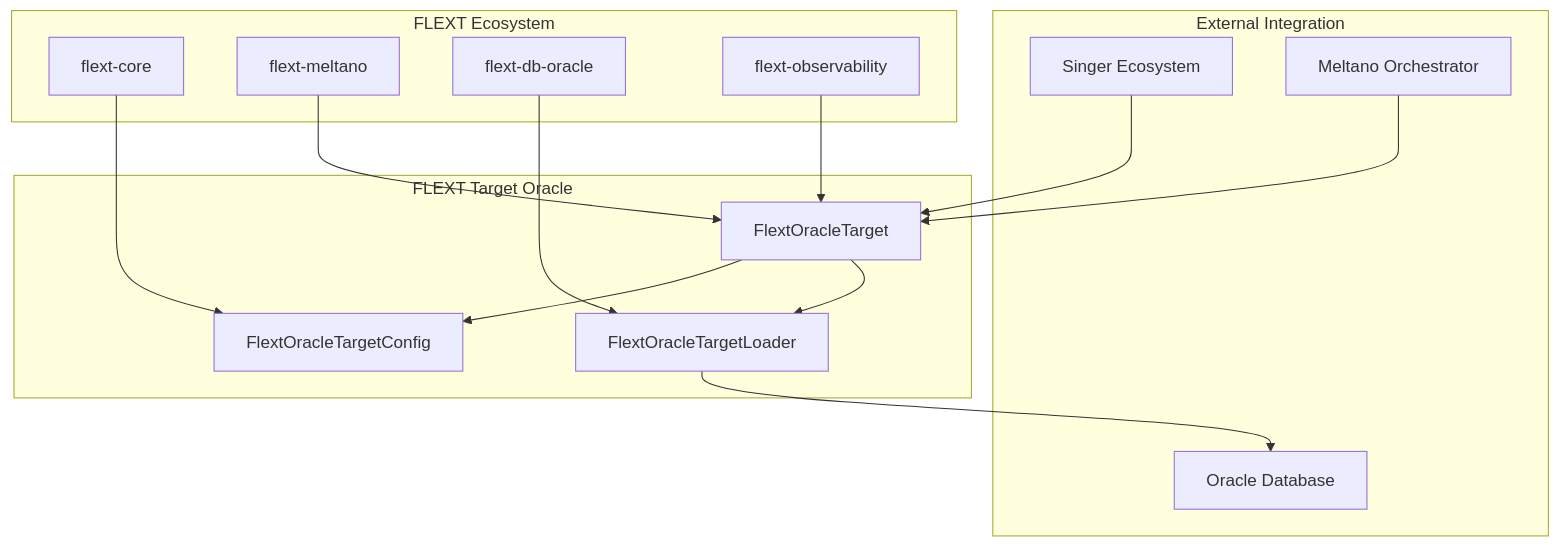
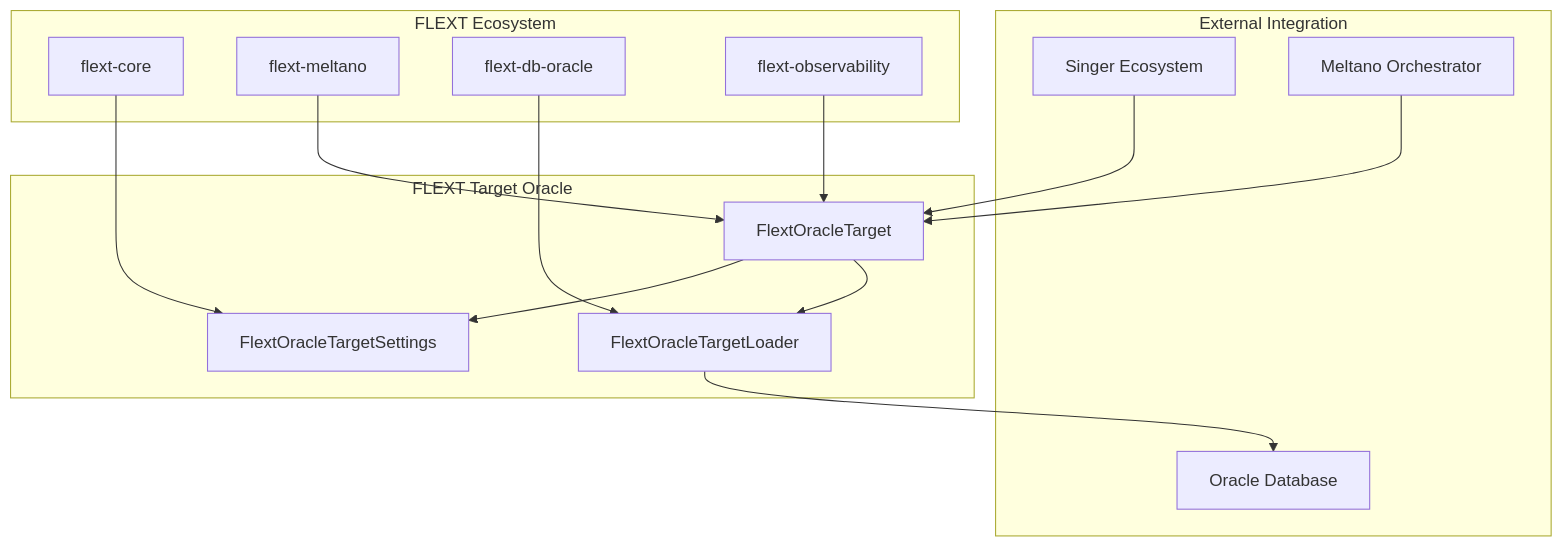
The diagram in docs/README.md (flext-sh/flext-target-oracle), drawn with Mermaid before and after one commit. The commit also changed 26 other files, not shown here.

````diff
--- a/docs/README.md
+++ b/docs/README.md
@@ -102,33 +102,33 @@
 ```mermaid
 graph TB
     subgraph "FLEXT Ecosystem"
         FC[flext-core]
         FM[flext-meltano]
         FDB[flext-db-oracle]
         FO[flext-observability]
     end
 
     subgraph "FLEXT Target Oracle"
         FTO[FlextOracleTarget]
         FTL[FlextOracleTargetLoader]
-        FTC[FlextOracleTargetConfig]
+        FTC[FlextOracleTargetSettings]
     end
 
     subgraph "External Integration"
         SINGER[Singer Ecosystem]
         ORACLE[Oracle Database]
         MELTANO[Meltano Orchestrator]
     end
 
     FC --> FTC
     FM --> FTO
     FDB --> FTL
     FO --> FTO
 
     FTO --> FTL
     FTO --> FTC
 
     SINGER --> FTO
     FTL --> ORACLE
     MELTANO --> FTO
 ```
````
